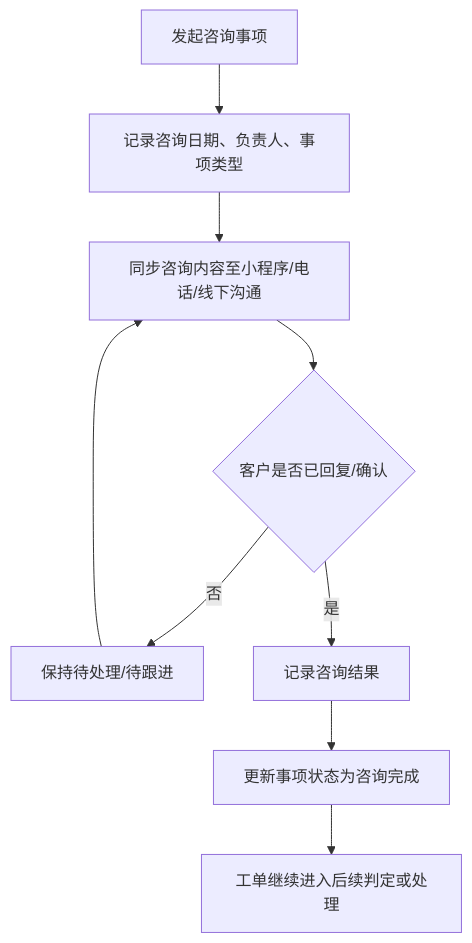
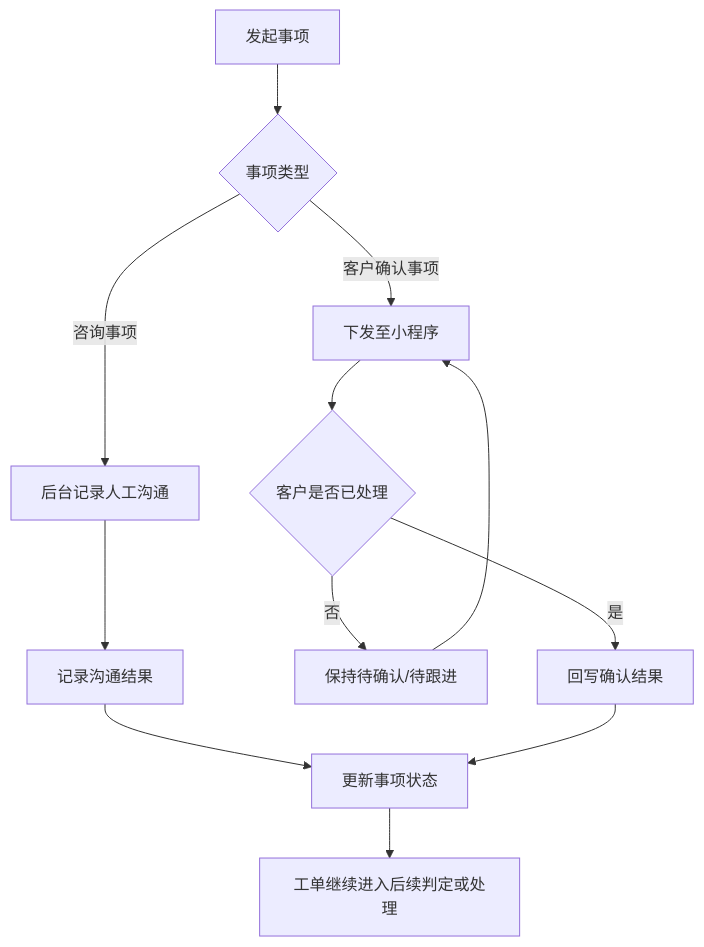
Before and after one commit to guguohai/gmps: the fifth of 33 diagrams in 文档/GM系统需求说明.md, drawn with Mermaid. The commit also changed other lines of this file and 8 other files, not shown here.

````diff
--- a/文档/GM系统需求说明.md
+++ b/文档/GM系统需求说明.md
@@ -323,14 +353,20 @@
 ```mermaid
 flowchart TD
 
-A[发起咨询事项] --> B[记录咨询日期、负责人、事项类型]
-B --> C[同步咨询内容至小程序/电话/线下沟通]
+A[发起事项] --> B{事项类型}
 
-C --> D{客户是否已回复/确认}
-D -->|否| E[保持待处理/待跟进]
-E --> C
+B -->|咨询事项| C[后台记录人工沟通]
+B -->|客户确认事项| D[下发至小程序]
 
-D -->|是| F[记录咨询结果]
-F --> G[更新事项状态为咨询完成]
-G --> H[工单继续进入后续判定或处理]
+C --> E[记录沟通结果]
+D --> F{客户是否已处理}
+
+F -->|否| G[保持待确认/待跟进]
+G --> D
+
+F -->|是| H[回写确认结果]
+
+E --> I[更新事项状态]
+H --> I
+I --> J[工单继续进入后续判定或处理]
 ```
````
